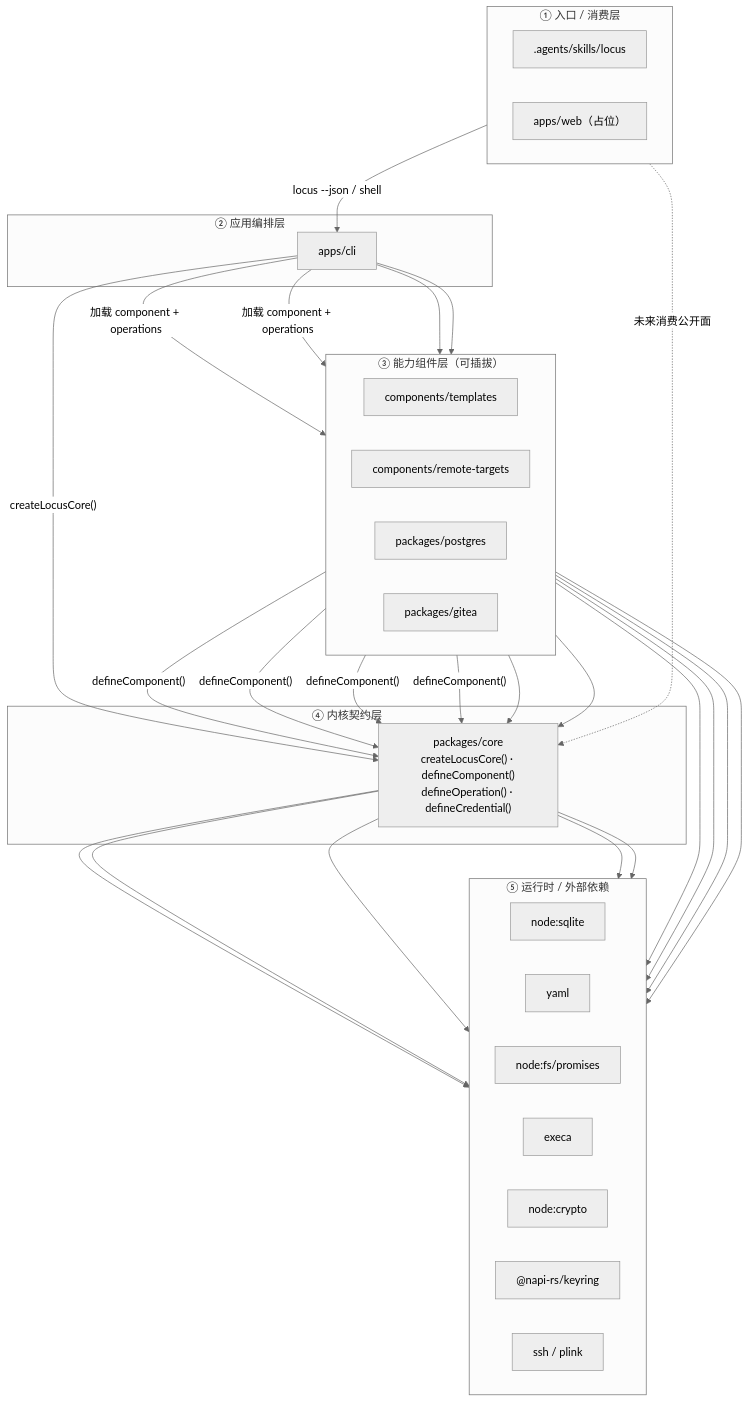
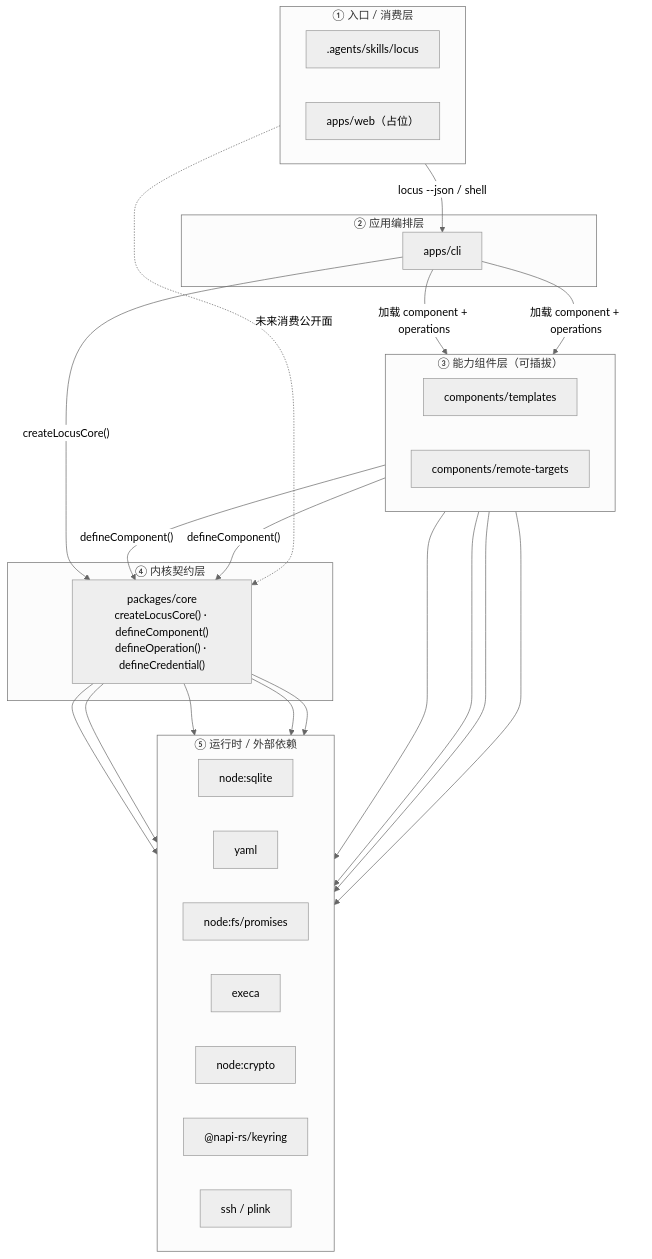
The diagram in docs/architecture.md (SWdrift/locus-workspace), drawn with Mermaid (neutral theme) before and after one commit. The commit also changed other lines of this file and 54 other files, not shown here.

````diff
--- a/docs/architecture.md
+++ b/docs/architecture.md
@@ -43,78 +41,70 @@
 ```mermaid
 flowchart TB
     subgraph L1["① 入口 / 消费层"]
         direction LR
         SKILL[".agents/skills/locus"]
         WEB["apps/web（占位）"]
     end
 
 
     subgraph L2["② 应用编排层"]
         CLI["apps/cli"]
     end
 
 
     subgraph L3["③ 能力组件层（可插拔）"]
         direction LR
         TPL["components/templates"]
 
         RT["components/remote-targets"]
 
-        PG["packages/postgres"]
-        GITEA["packages/gitea"]
     end
 
 
     subgraph L4["④ 内核契约层"]
         CORE["packages/core<br/>createLocusCore() · defineComponent()<br/>defineOperation() · defineCredential()"]
     end
 
 
     subgraph L5["⑤ 运行时 / 外部依赖"]
         direction LR
         SQLITE["node:sqlite"]
         YAML["yaml"]
         FS["node:fs/promises"]
         EXECA["execa"]
         NATIVE["node:crypto"]
         KEYRING["@napi-rs/keyring"]
         SSH["ssh / plink"]
     end
 
 
     SKILL -->|"locus --json / shell"| CLI
     WEB -.->|"未来消费公开面"| CORE
 
 
     CLI -->|"加载 component + operations"| TPL
     CLI -->|"加载 component + operations"| RT
-    CLI --> PG
-    CLI --> GITEA
     CLI -->|"createLocusCore()"| CORE
 
 
     TPL -->|"defineComponent()"| CORE
     RT -->|"defineComponent()"| CORE
-    PG -->|"defineComponent()"| CORE
-    GITEA -->|"defineComponent()"| CORE
 
 
     CORE --> SQLITE
     CORE --> YAML
     CORE --> EXECA
     TPL --> FS
     RT --> YAML
     RT --> EXECA
     RT --> SSH
-    PG --> CORE
-    GITEA --> CORE
     CORE --> NATIVE
     CORE --> KEYRING
 
 
     class SKILL,WEB entry
     class CLI app
-    class TPL,RT,PG,GITEA comp
+    class TPL,RT comp
     class CORE core
     class SQLITE,YAML,FS,EXECA,SSH,NATIVE,KEYRING infra
 ```
````
